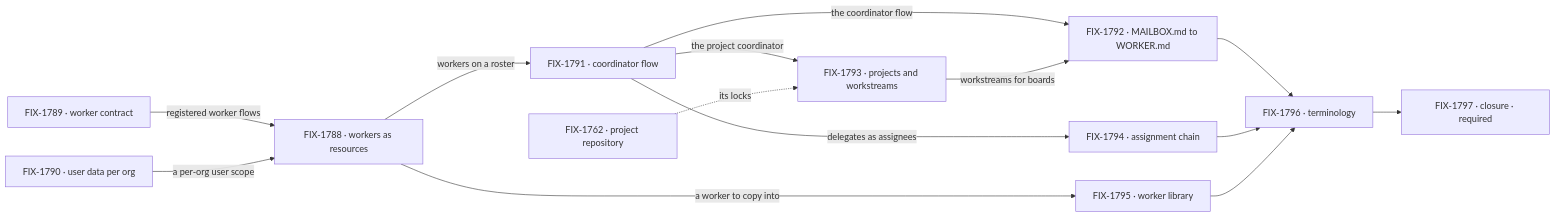
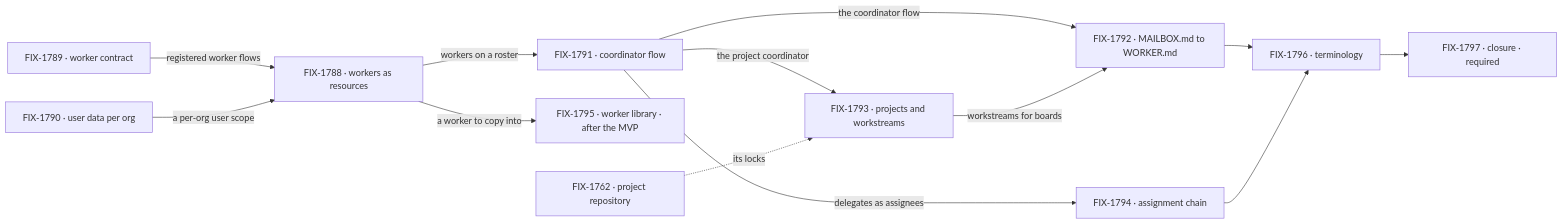
The second of 2 diagrams in specs/epics/FIX-1786/SPEC.md (fixpoint-labs/flow-state-dev), drawn with Mermaid before and after one commit. The commit also changed other lines of this file and 5 other files, not shown here.

First line of the commit message:
spec(FIX-1786): the worker library follows the MVP

````diff
--- a/specs/epics/FIX-1786/SPEC.md
+++ b/specs/epics/FIX-1786/SPEC.md
@@ -103,16 +109,15 @@
 ```mermaid
 flowchart LR
   C["FIX-1789 · worker contract"] -->|"registered worker flows"| W["FIX-1788 · workers as resources"]
   O["FIX-1790 · user data per org"] -->|"a per-org user scope"| W
   W -->|"workers on a roster"| K["FIX-1791 · coordinator flow"]
-  W -->|"a worker to copy into"| L["FIX-1795 · worker library"]
+  W -->|"a worker to copy into"| L["FIX-1795 · worker library · after the MVP"]
   K -->|"the project coordinator"| P["FIX-1793 · projects and workstreams"]
   K -->|"delegates as assignees"| H["FIX-1794 · assignment chain"]
   K -->|"the coordinator flow"| M["FIX-1792 · MAILBOX.md to WORKER.md"]
   P -->|"workstreams for boards"| M
   M --> T["FIX-1796 · terminology"]
   H --> T
-  L --> T
   T --> Z["FIX-1797 · closure · required"]
   X["FIX-1762 · project repository"] -.->|"its locks"| P
 ```
````
